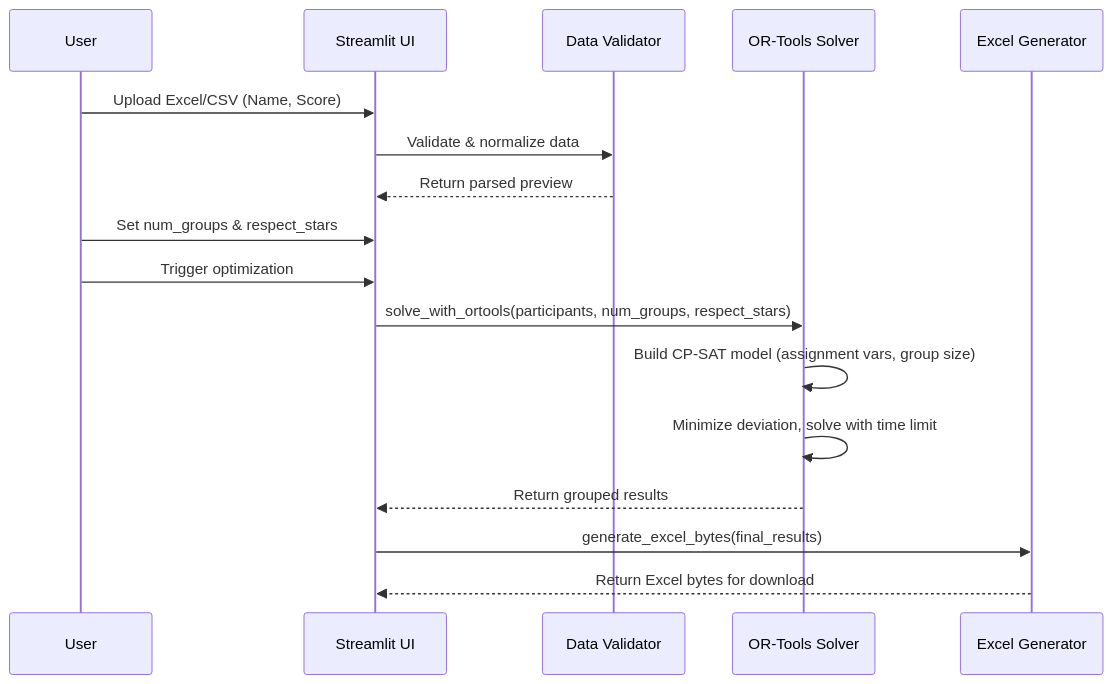
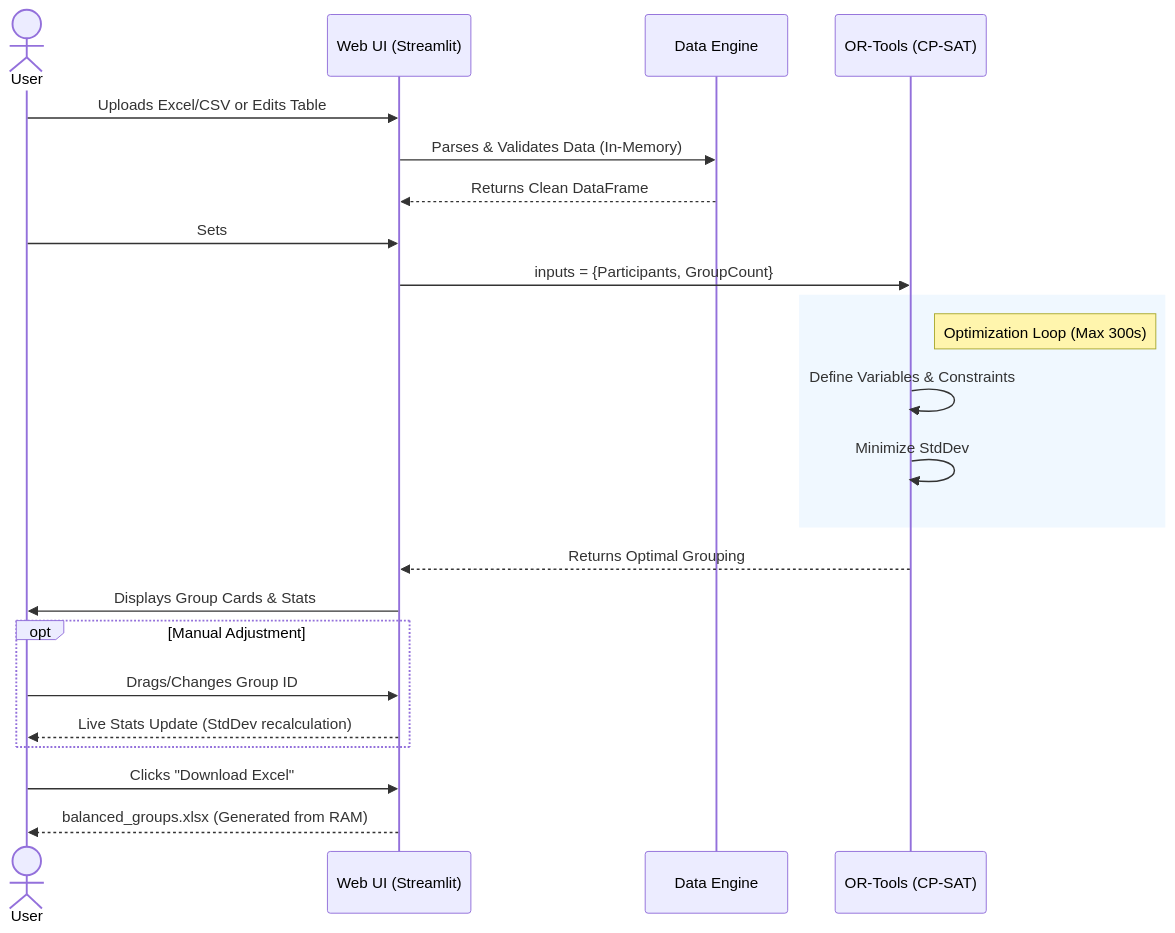
Before and after one commit to genes3e7/Group-Balancer: the diagram in README.md, drawn with Mermaid. The commit also changed other lines of this file, not shown here.

````diff
--- a/README.md
+++ b/README.md
@@ -25,20 +38,35 @@
 ```mermaid
 sequenceDiagram
-    participant User as User
-    participant UI as Streamlit UI
-    participant Validator as Data Validator
-    participant Optimizer as OR-Tools Solver
-    participant ExcelGen as Excel Generator
+    actor User
+    participant Browser as Web UI (Streamlit)
+    participant Core as Data Engine
+    participant Solver as OR-Tools (CP-SAT)
 
-    User->>UI: Upload Excel/CSV (Name, Score)
-    UI->>Validator: Validate & normalize data
-    Validator-->>UI: Return parsed preview
-    User->>UI: Set num_groups & respect_stars
-    User->>UI: Trigger optimization
-    UI->>Optimizer: solve_with_ortools(participants, num_groups, respect_stars)
-    Optimizer->>Optimizer: Build CP-SAT model (assignment vars, group size)
-    Optimizer->>Optimizer: Minimize deviation, solve with time limit
-    Optimizer-->>UI: Return grouped results
-    UI->>ExcelGen: generate_excel_bytes(final_results)
-    ExcelGen-->>UI: Return Excel bytes for download
+    %% Step 1
+    User->>Browser: Uploads Excel/CSV or Edits Table
+    Browser->>Core: Parses & Validates Data (In-Memory)
+    Core-->>Browser: Returns Clean DataFrame
+
+    %% Step 2
+    User->>Browser: Sets # of Groups & Clicks "Generate"
+    Browser->>Solver: inputs = {Participants, GroupCount}
+    
+    rect rgb(240, 248, 255)
+    note right of Solver: Optimization Loop (Max 300s)
+    Solver->>Solver: Define Variables & Constraints
+    Solver->>Solver: Minimize StdDev
+    end
+    
+    Solver-->>Browser: Returns Optimal Grouping
+    
+    %% Step 3
+    Browser->>User: Displays Group Cards & Stats
+    
+    opt Manual Adjustment
+        User->>Browser: Drags/Changes Group ID
+        Browser-->>User: Live Stats Update (StdDev recalculation)
+    end
+    
+    User->>Browser: Clicks "Download Excel"
+    Browser-->>User: balanced_groups.xlsx (Generated from RAM)
 ```
````
